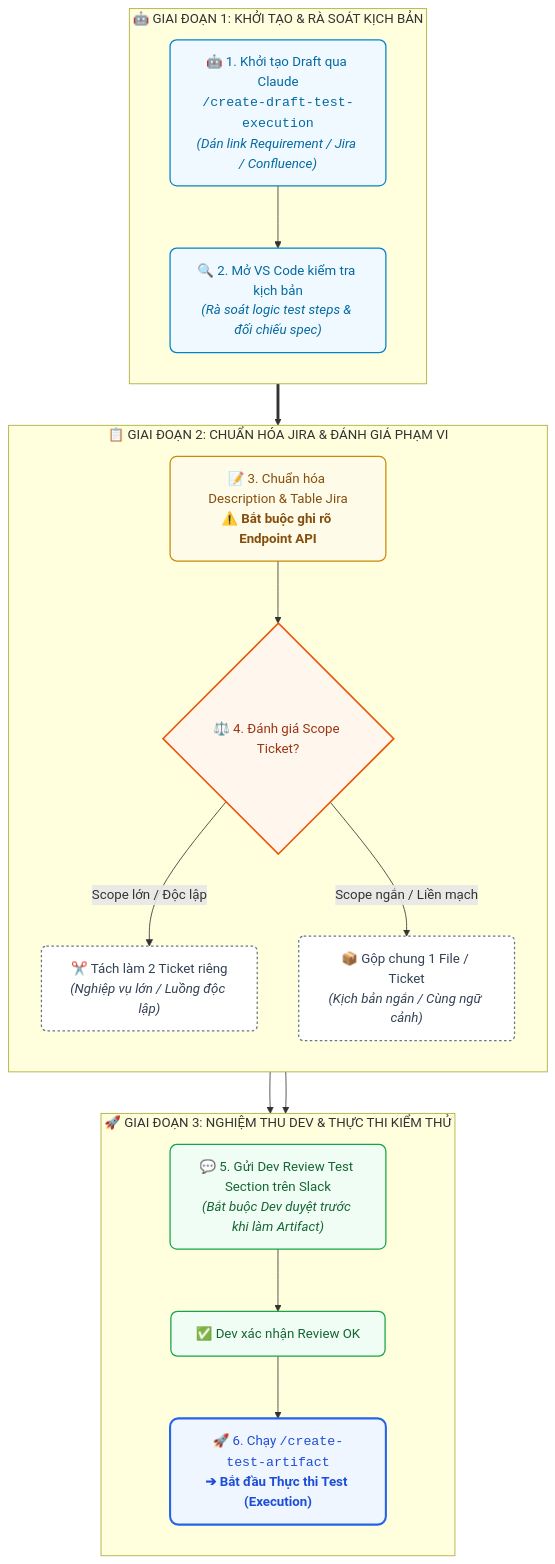
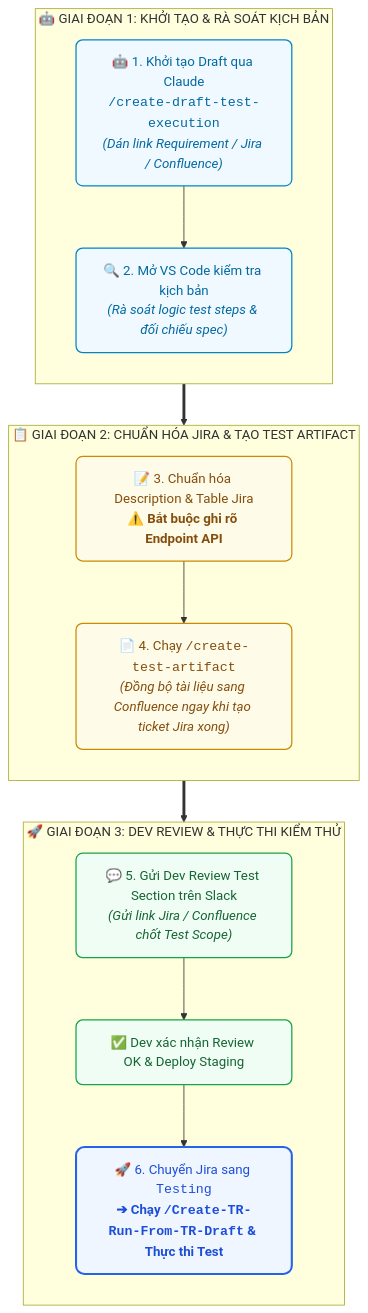
The diagram in Tuần 38 (14.09 - 20.09.2026)/Ghi chú 14092026.md (nhgiahuy404dev-bit/note), drawn with Mermaid before and after one commit. The commit also changed other lines of this file and 7 other files, not shown here.

````diff
--- a/Tuần 38 (14.09 - 20.09.2026)/Ghi chú 14092026.md
+++ b/Tuần 38 (14.09 - 20.09.2026)/Ghi chú 14092026.md
@@ -87,54 +87,46 @@
 ```mermaid
 flowchart TD
     %% Subgraph 1: Khởi tạo & Review
     subgraph G1 [" 🤖 GIAI ĐOẠN 1: KHỞI TẠO & RÀ SOÁT KỊCH BẢN "]
         direction TB
         A["🤖 1. Khởi tạo Draft qua Claude<br><code>/create-draft-test-execution</code><br><i>(Dán link Requirement / Jira / Confluence)</i>"]
         B["🔍 2. Mở VS Code kiểm tra kịch bản<br><i>(Rà soát logic test steps & đối chiếu spec)</i>"]
         A --> B
     end
 
-    %% Subgraph 2: Chuẩn hóa & Phân tách Scope
-    subgraph G2 [" 📋 GIAI ĐOẠN 2: CHUẨN HÓA JIRA & ĐÁNH GIÁ PHẠM VI "]
+    %% Subgraph 2: Chuẩn hóa Jira & Tạo Test Artifact
+    subgraph G2 [" 📋 GIAI ĐOẠN 2: CHUẨN HÓA JIRA & TẠO TEST ARTIFACT "]
         direction TB
         C["📝 3. Chuẩn hóa Description & Table Jira<br><b>⚠️ Bắt buộc ghi rõ Endpoint API</b>"]
-        D{"⚖️ 4. Đánh giá Scope Ticket?"}
-        D1["✂️ Tách làm 2 Ticket riêng<br><i>(Nghiệp vụ lớn / Luồng độc lập)</i>"]
-        D2["📦 Gộp chung 1 File / Ticket<br><i>(Kịch bản ngắn / Cùng ngữ cảnh)</i>"]
-        
+        D["📄 4. Chạy <code>/create-test-artifact</code><br><i>(Đồng bộ tài liệu sang Confluence ngay khi tạo ticket Jira xong)</i>"]
         C --> D
-        D -- "Scope lớn / Độc lập" --> D1
-        D -- "Scope ngắn / Liền mạch" --> D2
     end
 
-    %% Subgraph 3: Nghiệm thu & Thực thi
-    subgraph G3 [" 🚀 GIAI ĐOẠN 3: NGHIỆM THU DEV & THỰC THI KIỂM THỬ "]
+    %% Subgraph 3: Review Dev & Thực thi Staging
+    subgraph G3 [" 🚀 GIAI ĐOẠN 3: DEV REVIEW & THỰC THI KIỂM THỬ "]
         direction TB
-        E["💬 5. Gửi Dev Review Test Section trên Slack<br><i>(Bắt buộc Dev duyệt trước khi làm Artifact)</i>"]
-        F["✅ Dev xác nhận Review OK"]
-        G["🚀 6. Chạy <code>/create-test-artifact</code><br><b>➔ Bắt đầu Thực thi Test (Execution)</b>"]
+        E["💬 5. Gửi Dev Review Test Section trên Slack<br><i>(Gửi link Jira / Confluence chốt Test Scope)</i>"]
+        F["✅ Dev xác nhận Review OK & Deploy Staging"]
+        G["🚀 6. Chuyển Jira sang <code>Testing</code><br><b>➔ Chạy <code>/Create-TR-Run-From-TR-Draft</code> & Thực thi Test</b>"]
         
         E --> F
         F --> G
     end
 
     %% Kết nối giữa các Giai đoạn
     B ==> C
-    D1 --> E
-    D2 --> E
+    D ==> E
 
     %% Styling
     classDef phase1 fill:#f0f9ff,stroke:#0284c7,stroke-width:1.5px,color:#0369a1,rx:8px,ry:8px;
     classDef phase2 fill:#fefce8,stroke:#ca8a04,stroke-width:1.5px,color:#854d0e,rx:8px,ry:8px;
     classDef phase3 fill:#f0fdf4,stroke:#16a34a,stroke-width:1.5px,color:#166534,rx:8px,ry:8px;
     classDef branchDef fill:#ffffff,stroke:#64748b,stroke-width:1.5px,stroke-dasharray: 3 3,color:#334155,rx:6px,ry:6px;
     classDef decisionDef fill:#fff7ed,stroke:#ea580c,stroke-width:2px,color:#9a3412;
     classDef finalDef fill:#eff6ff,stroke:#2563eb,stroke-width:2.5px,color:#1d4ed8,rx:10px,ry:10px;
 
     class A,B phase1;
-    class C phase2;
-    class D decisionDef;
-    class D1,D2 branchDef;
+    class C,D phase2;
     class E,F phase3;
     class G finalDef;
 ```
````
